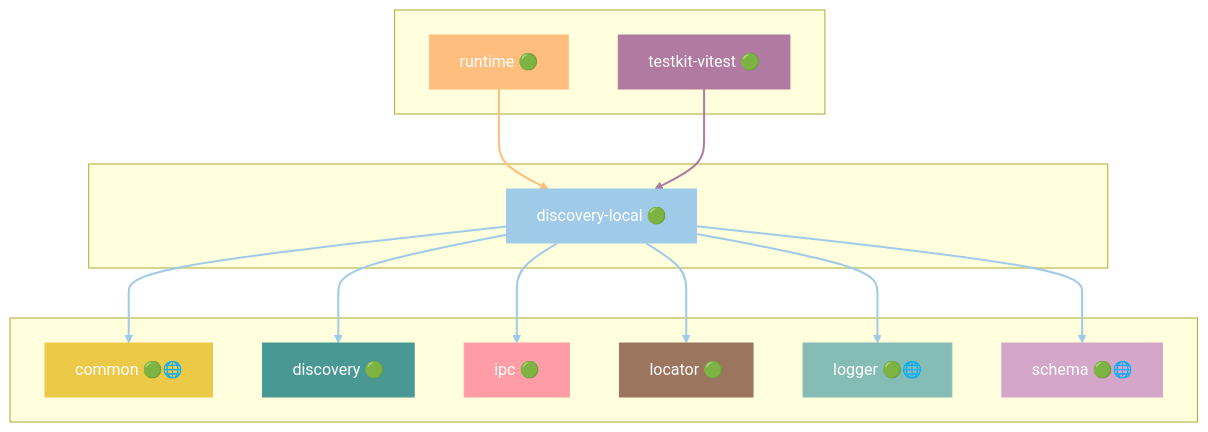
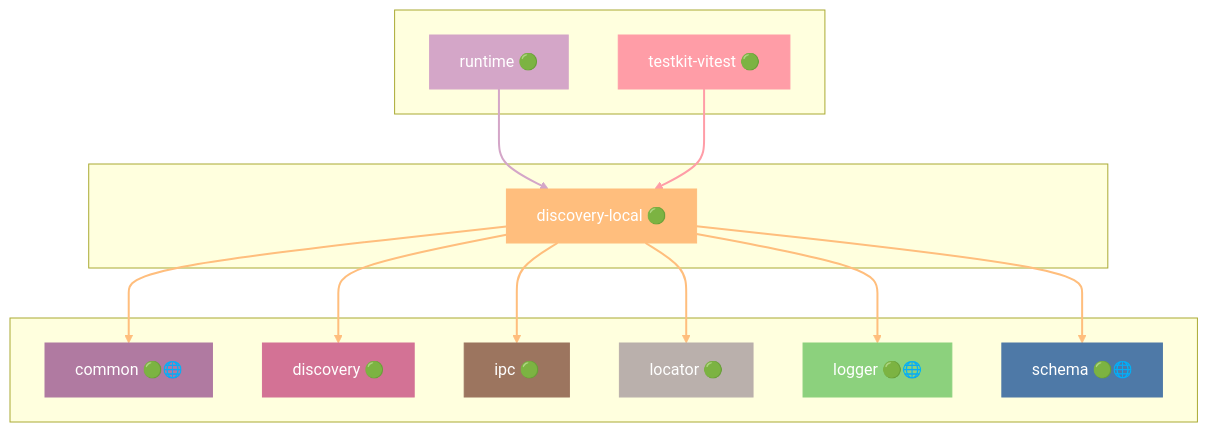
Diagram 18 of 48 in docs/DEPENDENCIES.md (grest-ts/grest-ts), drawn with Mermaid before and after one commit. The commit also changed other lines of this file and 62 other files, not shown here.

````diff
--- a/docs/DEPENDENCIES.md
+++ b/docs/DEPENDENCIES.md
@@ -993,43 +1033,43 @@
 ```mermaid
 flowchart TB
     subgraph Dependents[" "]
         runtime["runtime 🟢"]
         testkit-vitest["testkit-vitest 🟢"]
     end
     subgraph Package[" "]
         discovery-local["discovery-local 🟢"]
     end
     subgraph Dependencies[" "]
         common["common 🟢🌐"]
         discovery["discovery 🟢"]
         ipc["ipc 🟢"]
         locator["locator 🟢"]
         logger["logger 🟢🌐"]
         schema["schema 🟢🌐"]
     end
     runtime --> discovery-local
     testkit-vitest --> discovery-local
     discovery-local --> common
     discovery-local --> discovery
     discovery-local --> ipc
     discovery-local --> locator
     discovery-local --> logger
     discovery-local --> schema
-    style discovery-local fill:#A0CBE8,stroke:#A0CBE8,color:#fff
-    style runtime fill:#FFBE7D,stroke:#FFBE7D,color:#fff
-    style testkit-vitest fill:#B07AA1,stroke:#B07AA1,color:#fff
-    style common fill:#EDC948,stroke:#EDC948,color:#fff
-    style discovery fill:#499894,stroke:#499894,color:#fff
-    style ipc fill:#FF9DA7,stroke:#FF9DA7,color:#fff
-    style locator fill:#9C755F,stroke:#9C755F,color:#fff
-    style logger fill:#86BCB6,stroke:#86BCB6,color:#fff
-    style schema fill:#D4A6C8,stroke:#D4A6C8,color:#fff
-    linkStyle 0 stroke:#FFBE7D,stroke-width:2px
-    linkStyle 1 stroke:#B07AA1,stroke-width:2px
-    linkStyle 2 stroke:#A0CBE8,stroke-width:2px
-    linkStyle 3 stroke:#A0CBE8,stroke-width:2px
-    linkStyle 4 stroke:#A0CBE8,stroke-width:2px
-    linkStyle 5 stroke:#A0CBE8,stroke-width:2px
-    linkStyle 6 stroke:#A0CBE8,stroke-width:2px
-    linkStyle 7 stroke:#A0CBE8,stroke-width:2px
+    style discovery-local fill:#FFBE7D,stroke:#FFBE7D,color:#fff
+    style runtime fill:#D4A6C8,stroke:#D4A6C8,color:#fff
+    style testkit-vitest fill:#FF9DA7,stroke:#FF9DA7,color:#fff
+    style common fill:#B07AA1,stroke:#B07AA1,color:#fff
+    style discovery fill:#D37295,stroke:#D37295,color:#fff
+    style ipc fill:#9C755F,stroke:#9C755F,color:#fff
+    style locator fill:#BAB0AC,stroke:#BAB0AC,color:#fff
+    style logger fill:#8CD17D,stroke:#8CD17D,color:#fff
+    style schema fill:#4E79A7,stroke:#4E79A7,color:#fff
+    linkStyle 0 stroke:#D4A6C8,stroke-width:2px
+    linkStyle 1 stroke:#FF9DA7,stroke-width:2px
+    linkStyle 2 stroke:#FFBE7D,stroke-width:2px
+    linkStyle 3 stroke:#FFBE7D,stroke-width:2px
+    linkStyle 4 stroke:#FFBE7D,stroke-width:2px
+    linkStyle 5 stroke:#FFBE7D,stroke-width:2px
+    linkStyle 6 stroke:#FFBE7D,stroke-width:2px
+    linkStyle 7 stroke:#FFBE7D,stroke-width:2px
 ```
````
